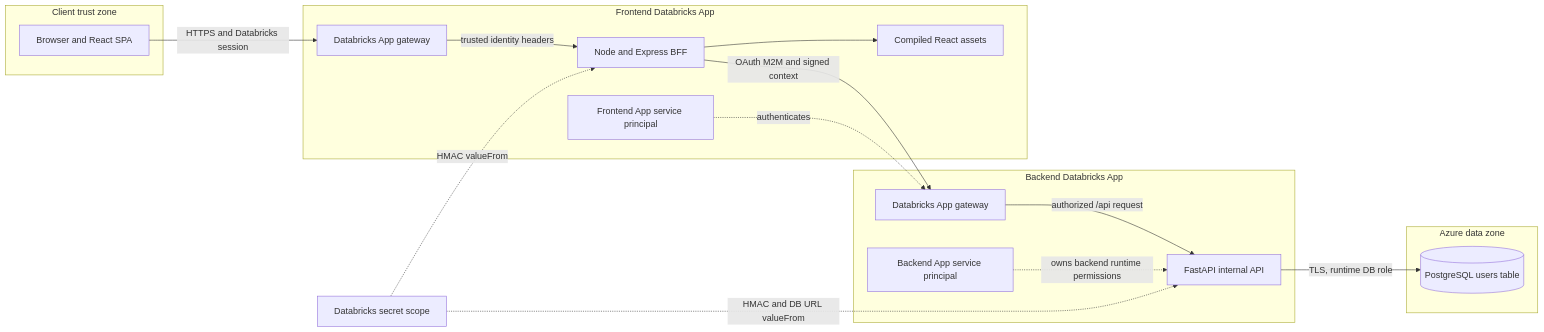
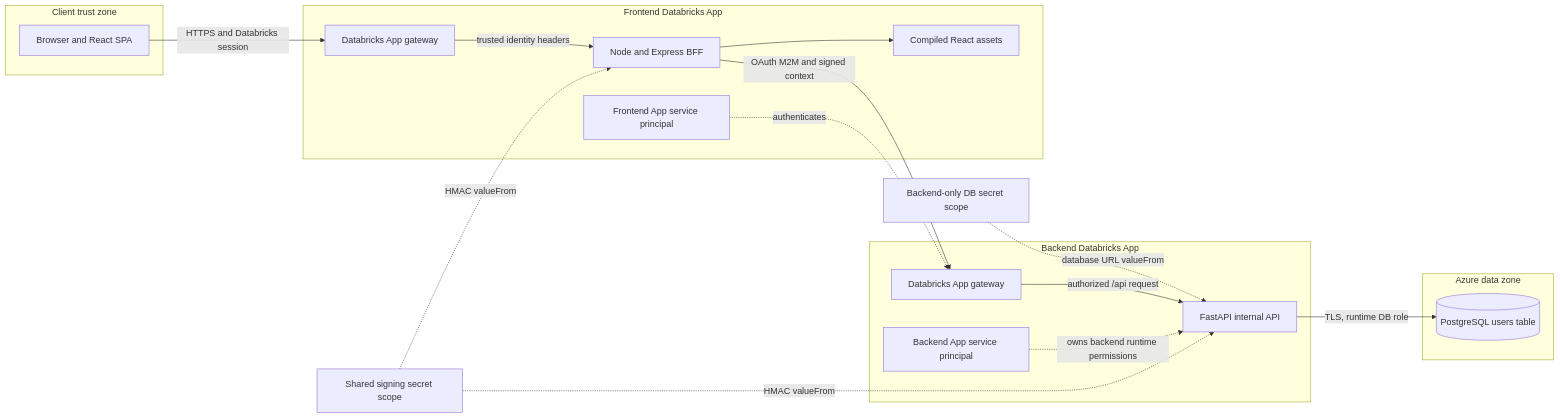
Before and after one commit to biswajitNanda223/Once-Upon-a-Runtime: the second of 5 diagrams in docs/u2m-architecture/hld.md, drawn with Mermaid. The commit also changed other lines of this file and 5 other files, not shown here.

````diff
--- a/docs/u2m-architecture/hld.md
+++ b/docs/u2m-architecture/hld.md
@@ -47,36 +47,38 @@
 ```mermaid
 flowchart LR
   subgraph CLIENT_ZONE[Client trust zone]
     BROWSER[Browser and React SPA]
   end
 
   subgraph FRONTEND_ZONE[Frontend Databricks App]
     FRONT_PROXY[Databricks App gateway]
     NODE_BFF[Node and Express BFF]
     STATIC_FILES[Compiled React assets]
     FRONT_SP[Frontend App service principal]
   end
 
   subgraph BACKEND_ZONE[Backend Databricks App]
     BACK_PROXY[Databricks App gateway]
     FASTAPI[FastAPI internal API]
     BACK_SP[Backend App service principal]
   end
 
   subgraph DATA_ZONE[Azure data zone]
     POSTGRES[(PostgreSQL users table)]
   end
 
-  SECRET_SCOPE[Databricks secret scope]
+  DB_SECRET_SCOPE[Backend-only DB secret scope]
+  SHARED_SECRET_SCOPE[Shared signing secret scope]
 
   BROWSER -->|HTTPS and Databricks session| FRONT_PROXY
   FRONT_PROXY -->|trusted identity headers| NODE_BFF
   NODE_BFF --> STATIC_FILES
   NODE_BFF -->|OAuth M2M and signed context| BACK_PROXY
   FRONT_SP -. authenticates .-> BACK_PROXY
   BACK_PROXY -->|authorized /api request| FASTAPI
   FASTAPI -->|TLS, runtime DB role| POSTGRES
-  SECRET_SCOPE -. HMAC valueFrom .-> NODE_BFF
-  SECRET_SCOPE -. HMAC and DB URL valueFrom .-> FASTAPI
+  SHARED_SECRET_SCOPE -. HMAC valueFrom .-> NODE_BFF
+  SHARED_SECRET_SCOPE -. HMAC valueFrom .-> FASTAPI
+  DB_SECRET_SCOPE -. database URL valueFrom .-> FASTAPI
   BACK_SP -. owns backend runtime permissions .-> FASTAPI
 ```
````
